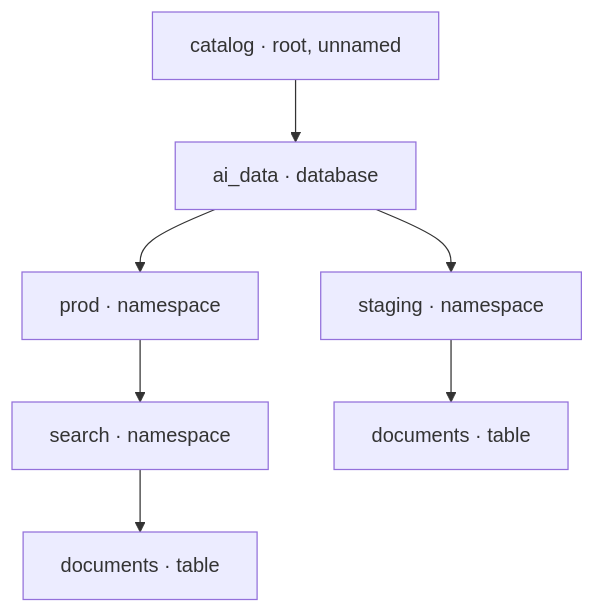
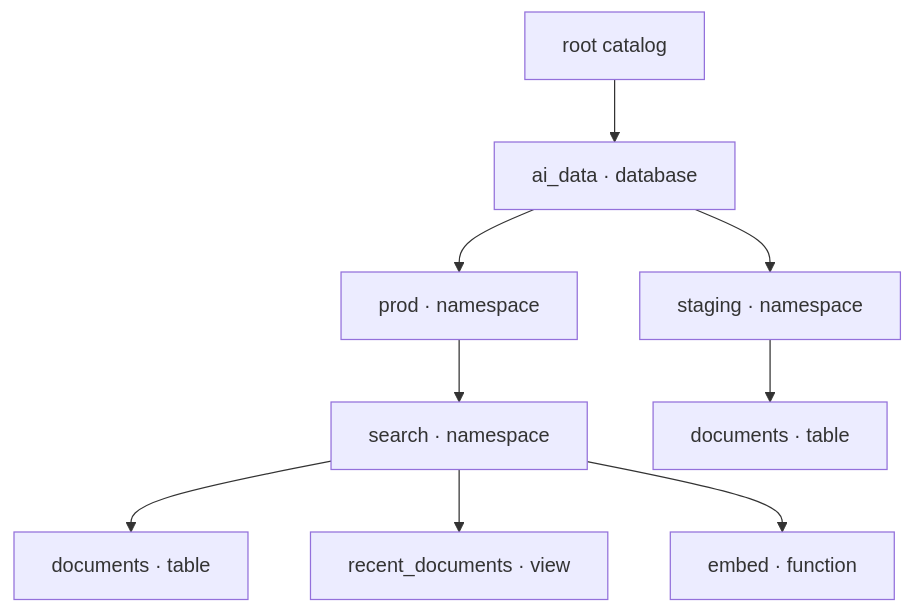
The diagram in docs/web/basics/catalog.mdx (lancedb/lancedb), drawn with Mermaid before and after one commit. The commit also changed other lines of this file and 5 other files, not shown here.

````diff
--- a/docs/web/basics/catalog.mdx
+++ b/docs/web/basics/catalog.mdx
@@ -42,9 +42,11 @@
 ```mermaid
 flowchart TD
-    catalog["catalog · root, unnamed"] --> database["ai_data · database"]
+    catalog["root catalog"] --> database["ai_data · database"]
     database --> prod["prod · namespace"]
     database --> staging["staging · namespace"]
     prod --> search["search · namespace"]
     search --> search_docs["documents · table"]
+    search --> search_view["recent_documents · view"]
+    search --> search_fn["embed · function"]
     staging --> staging_docs["documents · table"]
 ```
````
